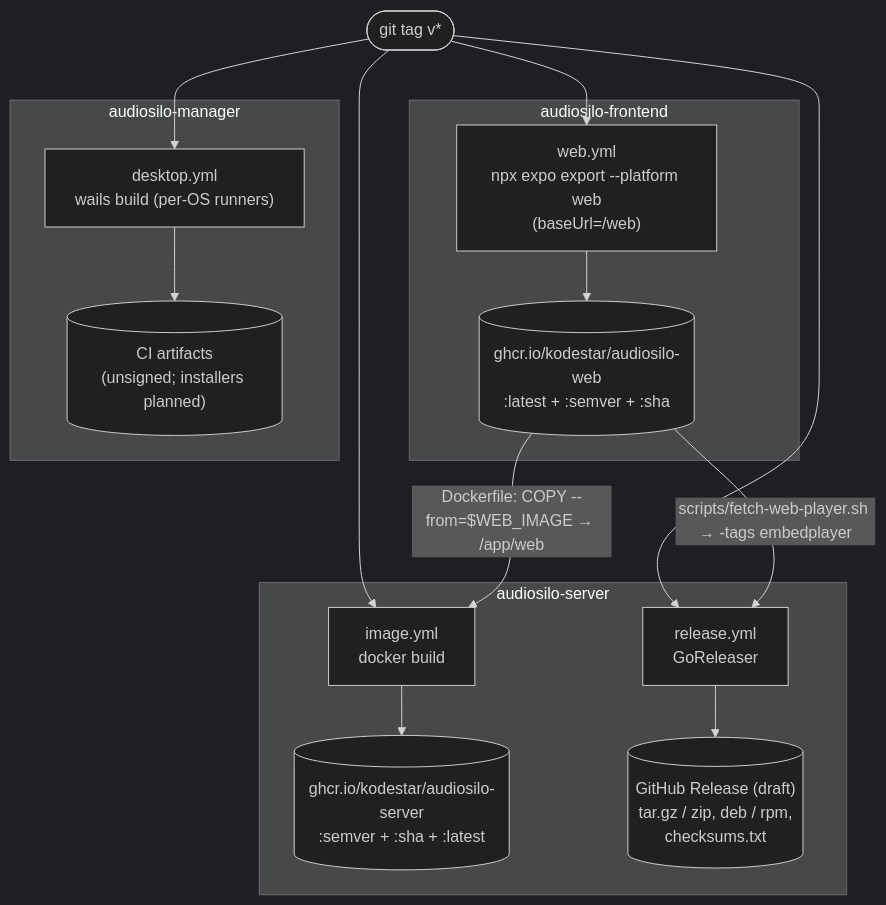
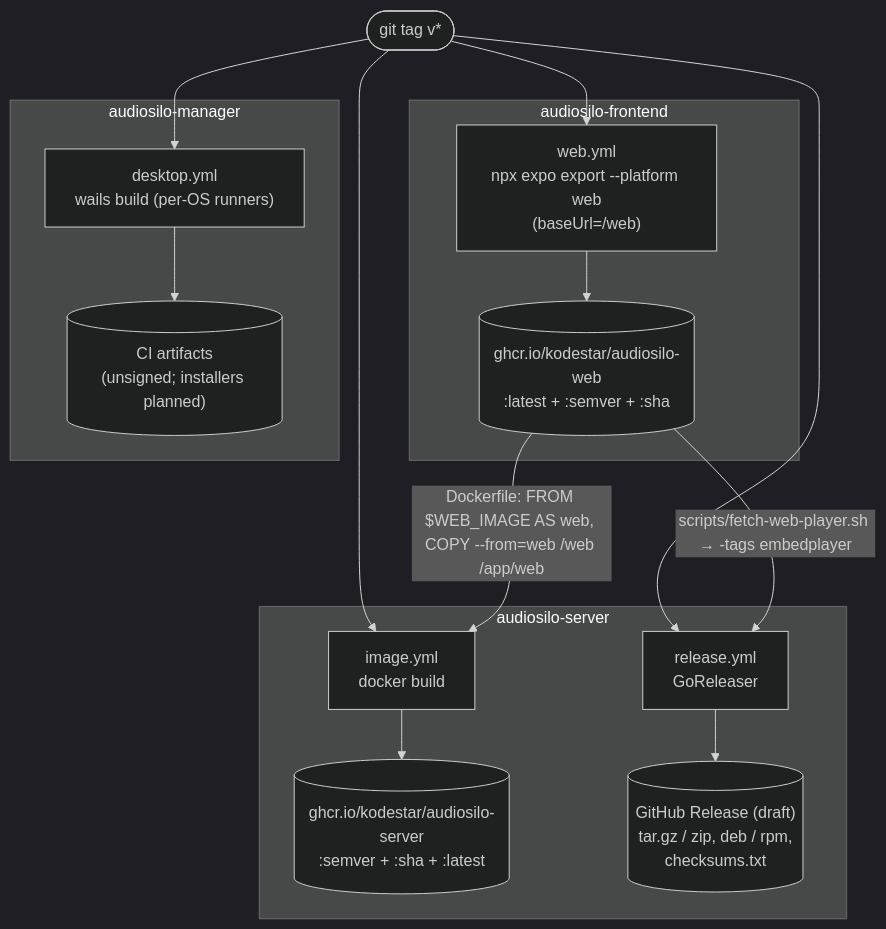
The diagram in docs-developers/architecture/release-pipeline.md (KodeStar/audiosilo-docs), drawn with Mermaid (dark theme) before and after one commit. The commit also changed other lines of this file and 23 other files, not shown here.

````diff
--- a/docs-developers/architecture/release-pipeline.md
+++ b/docs-developers/architecture/release-pipeline.md
@@ -18,32 +18,32 @@
 ```mermaid
 flowchart TB
     tag(["git tag v*"])
 
     subgraph fe["audiosilo-frontend"]
         webyml["web.yml<br/>npx expo export --platform web<br/>(baseUrl=/web)"]
         webimg[("ghcr.io/kodestar/audiosilo-web<br/>:latest + :semver + :sha")]
         webyml --> webimg
     end
 
     subgraph srv["audiosilo-server"]
         imageyml["image.yml<br/>docker build"]
         srvimg[("ghcr.io/kodestar/audiosilo-server<br/>:semver + :sha + :latest")]
         relyml["release.yml<br/>GoReleaser"]
         ghrel[("GitHub Release (draft)<br/>tar.gz / zip, deb / rpm,<br/>checksums.txt")]
         imageyml --> srvimg
         relyml --> ghrel
     end
 
     subgraph mgr["audiosilo-manager"]
         desktopyml["desktop.yml<br/>wails build (per-OS runners)"]
         artifacts[("CI artifacts<br/>(unsigned; installers planned)")]
         desktopyml --> artifacts
     end
 
     tag --> webyml
     tag --> imageyml
     tag --> relyml
     tag --> desktopyml
-    webimg -->|"Dockerfile: COPY --from=$WEB_IMAGE → /app/web"| imageyml
+    webimg -->|"Dockerfile: FROM $WEB_IMAGE AS web, COPY --from=web /web /app/web"| imageyml
     webimg -->|"scripts/fetch-web-player.sh → -tags embedplayer"| relyml
 ```
````
